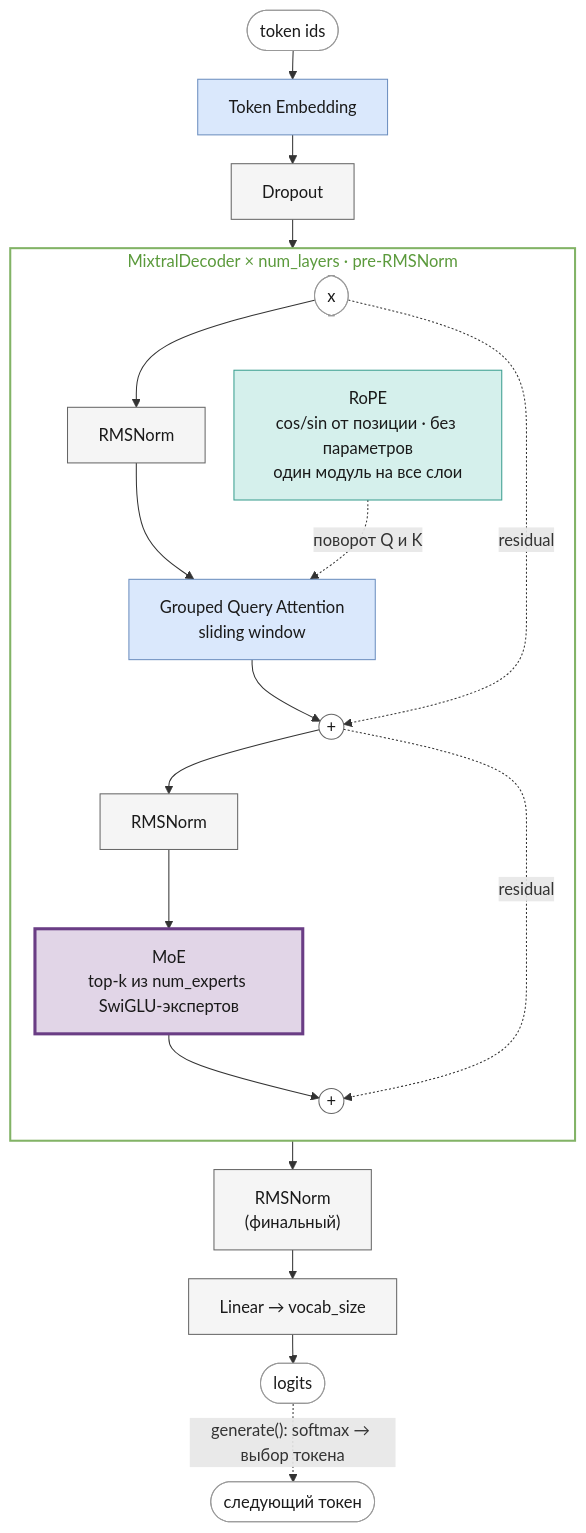
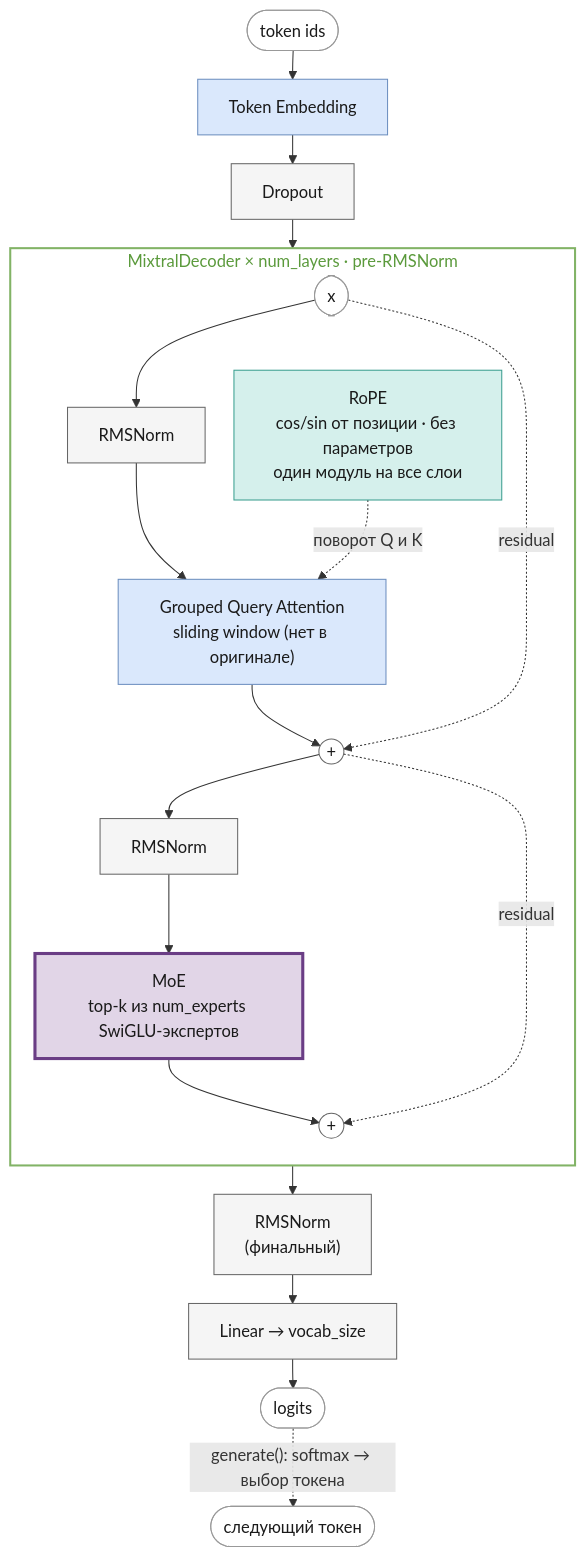
One commit to pese-git/llm-arch-research changed the first of 2 diagrams in docs/mixtral.md. Above: the diagram before and after it, drawn with Mermaid. The commit also changed other lines of this file and 2 other files, not shown here.

````diff
--- a/docs/mixtral.md
+++ b/docs/mixtral.md
@@ -14,37 +14,37 @@
 ```mermaid
 %%{init: {"flowchart": {"rankSpacing": 28, "nodeSpacing": 28}}}%%
 flowchart TB
     Ids(["token ids"]):::io --> TokEmb["Token Embedding"]:::blue
     TokEmb --> Drop["Dropout"]:::gray
     subgraph Dec["MixtralDecoder × num_layers · pre-RMSNorm"]
         direction TB
         X(["x"]):::io --> N1["RMSNorm"]:::gray
-        N1 --> Attn["Grouped Query Attention<br/>sliding window"]:::blue
+        N1 --> Attn["Grouped Query Attention<br/>sliding window (нет в оригинале)"]:::blue
         R["RoPE<br/>cos/sin от позиции · без параметров<br/>один модуль на все слои"]:::rope
         R -. "поворот Q и K" .-> Attn
         Attn --> A1(("+")):::add
         X -. residual .-> A1
         A1 --> N2["RMSNorm"]:::gray
         N2 --> FFN["MoE<br/>top-k из num_experts SwiGLU-экспертов"]:::purpleHl
         FFN --> A2(("+")):::add
         A1 -. residual .-> A2
     end
     Drop --> Dec
     Dec --> NF["RMSNorm<br/>(финальный)"]:::gray --> Lin
     Lin["Linear → vocab_size"]:::gray --> Out(["logits"]):::io
     Out -. "generate(): softmax → выбор токена" .-> Next(["следующий токен"]):::io
     style Dec fill:transparent,stroke:#82b366,stroke-width:2px,color:#5b9a3c
 
     classDef io fill:#ffffff,stroke:#999999,color:#1a1a1a;
     classDef add fill:#ffffff,stroke:#666666,color:#1a1a1a;
     classDef blue fill:#dae8fc,stroke:#6c8ebf,color:#1a1a1a;
     classDef blueHl fill:#dae8fc,stroke:#2f5f9e,stroke-width:3px,color:#1a1a1a;
     classDef purple fill:#e1d5e7,stroke:#9673a6,color:#1a1a1a;
     classDef purpleHl fill:#e1d5e7,stroke:#6a3d85,stroke-width:3px,color:#1a1a1a;
     classDef gray fill:#f5f5f5,stroke:#666666,color:#1a1a1a;
     classDef grayHl fill:#f5f5f5,stroke:#333333,stroke-width:3px,color:#1a1a1a;
     classDef gold fill:#fff2cc,stroke:#d6b656,color:#1a1a1a;
     classDef rope fill:#d5f0ec,stroke:#3a9e8f,color:#1a1a1a;
     classDef ropeHl fill:#d5f0ec,stroke:#1f6f63,stroke-width:3px,color:#1a1a1a;
     classDef dim fill:#f5f5f5,stroke:#bbbbbb,color:#999999,stroke-dasharray:4 3;
 ```
````
